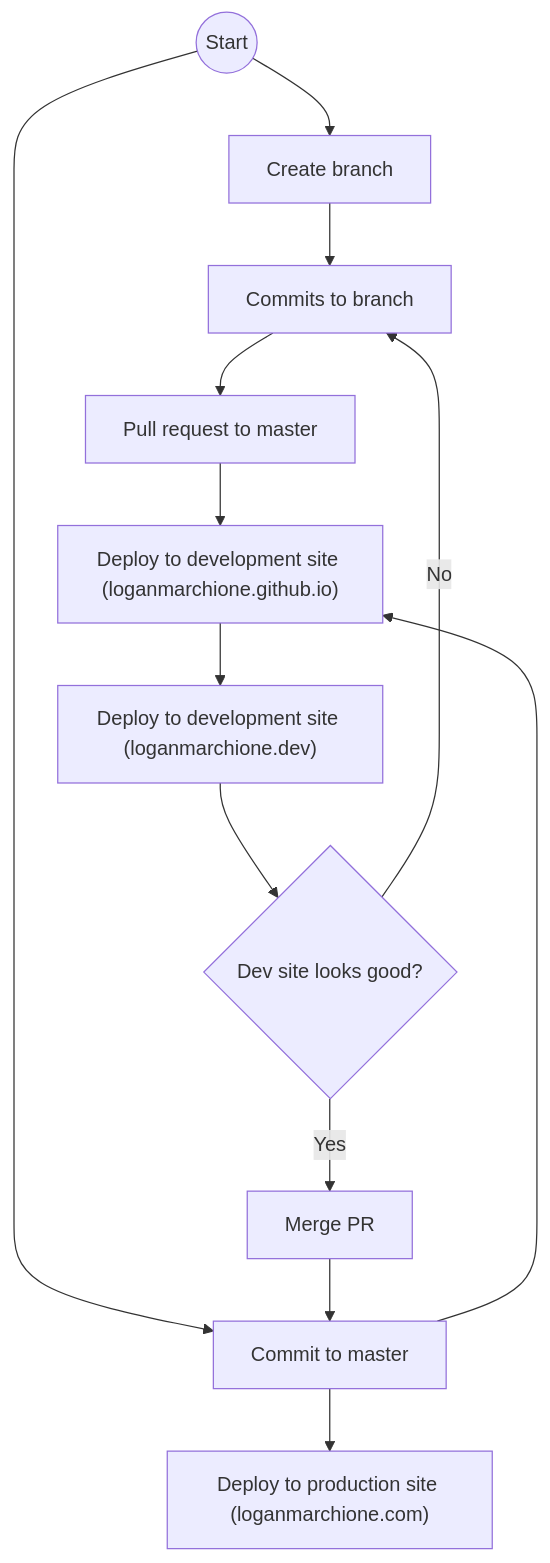
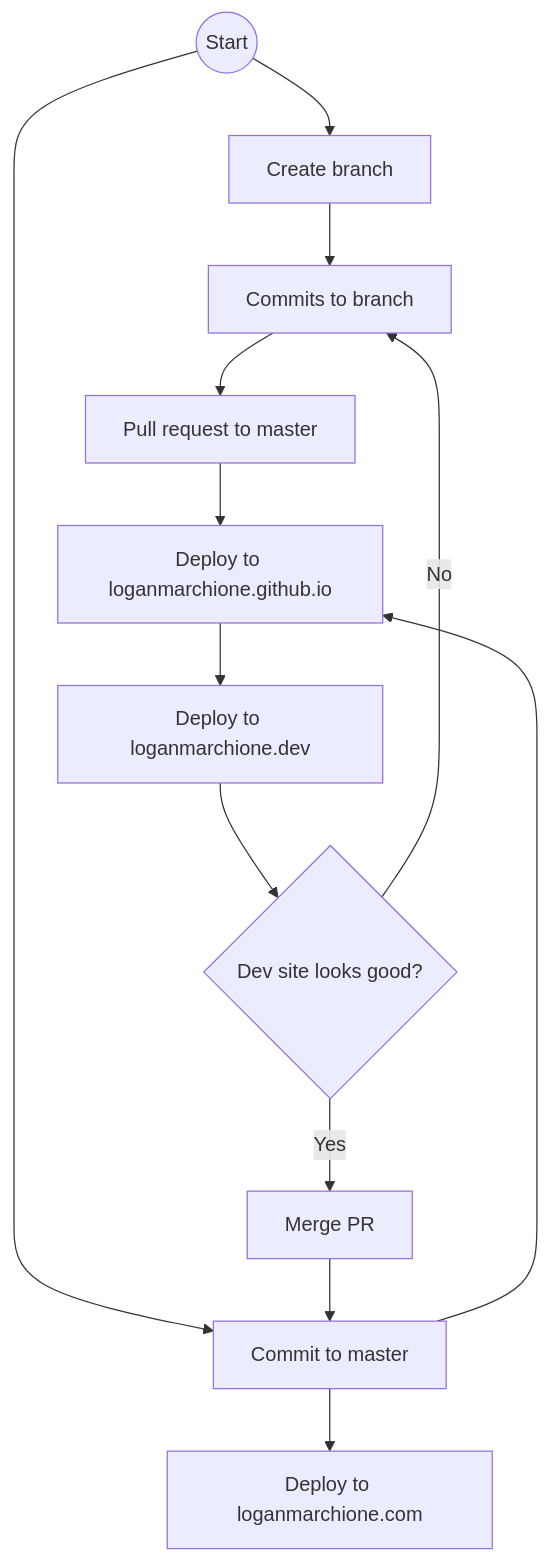
The diagram in README.md (loganmarchione/loganmarchione.com), drawn with Mermaid before and after one commit. The commit also changed other lines of this file and 8 other files, not shown here.

````diff
--- a/README.md
+++ b/README.md
@@ -44,13 +44,13 @@
 ```mermaid
   graph TD
     A((Start)) --> B[Create branch] & C[Commit to master]
     B --> D[Commits to branch]
-    C --> AA["Deploy to production site (loganmarchione.com)"] & BB["Deploy to development site (loganmarchione.github.io)"]
+    C --> AA["Deploy to loganmarchione.com"] & BB["Deploy to loganmarchione.github.io"]
     D --> E[Pull request to master]
     G --> C
     E --> BB
     H{Dev site looks good?} -- No --> D
-    BB --> CC["Deploy to development site (loganmarchione.dev)"]
+    BB --> CC["Deploy to loganmarchione.dev"]
     CC --> H
     H -- Yes --> G[Merge PR]
 ```
````
